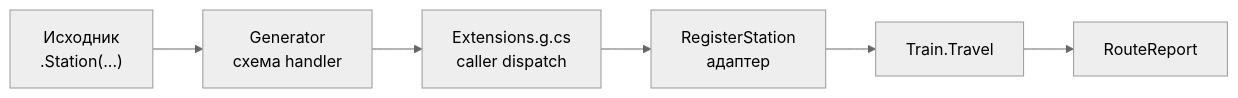
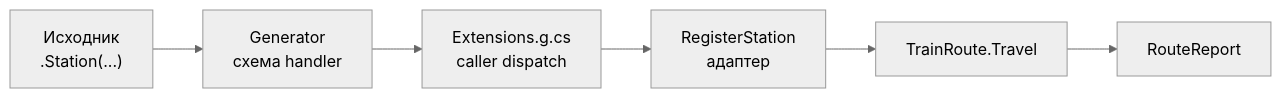
Before and after one commit to moragfullrest-cmyk/TrainOP: the first of 8 diagrams in docs/architecture-internals.md, drawn with Mermaid (neutral theme). The commit also changed other lines of this file and 89 other files, not shown here.

````diff
--- a/docs/architecture-internals.md
+++ b/docs/architecture-internals.md
@@ -13,8 +13,8 @@
 ```mermaid
 flowchart LR
   A["Исходник\n.Station(...)"] --> B["Generator\nсхема handler"]
   B --> C["Extensions.g.cs\ncaller dispatch"]
   C --> D["RegisterStation\nадаптер"]
-  D --> E["Train.Travel"]
+  D --> E["TrainRoute.Travel"]
   E --> F["RouteReport"]
 ```
````
